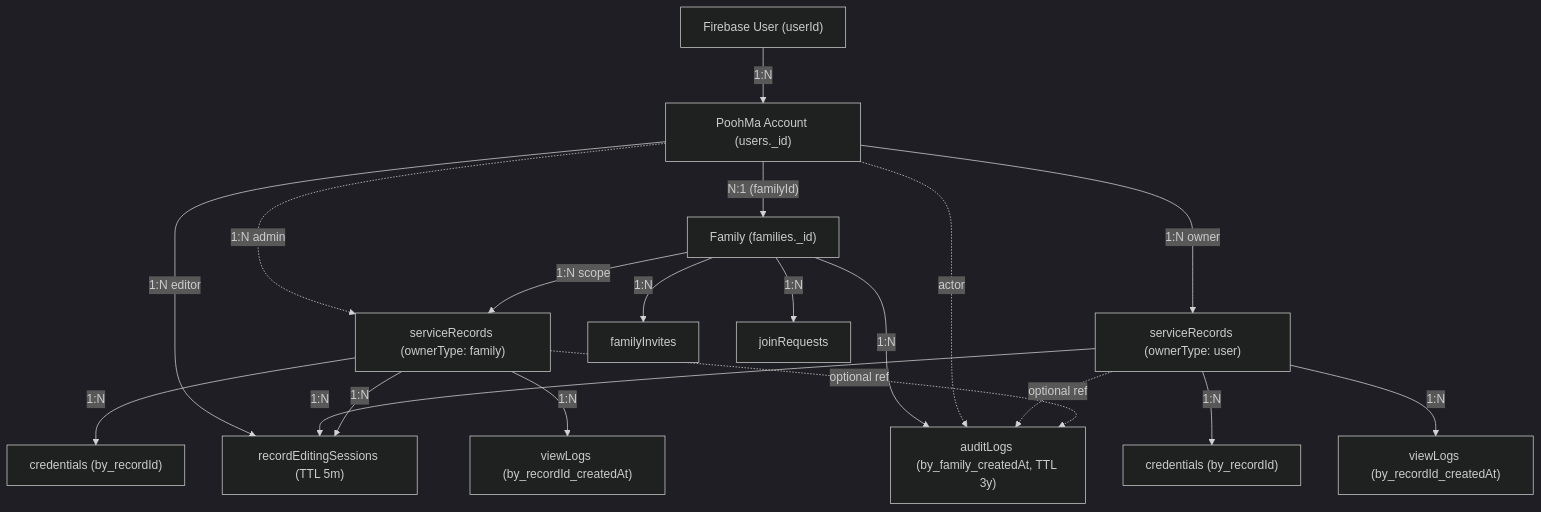
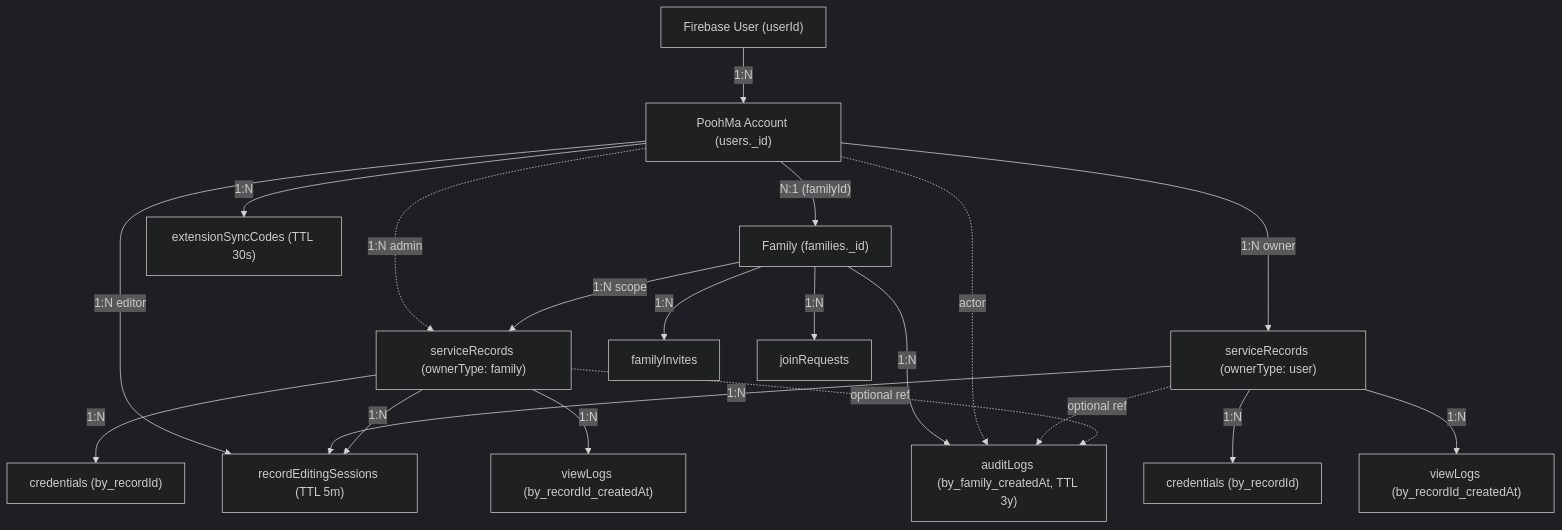
Before and after one commit to luthpg/poohma: the first of 9 diagrams in .ai/domain.md, drawn with Mermaid (dark theme). The commit also changed other lines of this file and 111 other files, not shown here.

````diff
--- a/.ai/domain.md
+++ b/.ai/domain.md
@@ -10,24 +10,26 @@
 ```mermaid
 flowchart TD
     FirebaseUser["Firebase User (userId)"] -->|"1:N"| PoohMaAccount["PoohMa Account (users._id)"]
     PoohMaAccount -->|"N:1 (familyId)"| Family["Family (families._id)"]
     
     PoohMaAccount -->|"1:N owner"| RecUser["serviceRecords (ownerType: user)"]
     PoohMaAccount -.->|"1:N admin"| RecFamily["serviceRecords (ownerType: family)"]
     PoohMaAccount -->|"1:N editor"| EditSession["recordEditingSessions (TTL 5m)"]
     
     RecUser -->|"1:N"| CredsUser["credentials (by_recordId)"]
     RecFamily -->|"1:N"| CredsFamily["credentials (by_recordId)"]
     RecUser -->|"1:N"| EditSession
     RecFamily -->|"1:N"| EditSession
     RecUser -->|"1:N"| ViewLogsUser["viewLogs (by_recordId_createdAt)"]
     RecFamily -->|"1:N"| ViewLogsFamily["viewLogs (by_recordId_createdAt)"]
     
     Family -->|"1:N scope"| RecFamily
     Family -->|"1:N"| Invites["familyInvites"]
     Family -->|"1:N"| JoinReqs["joinRequests"]
     Family -->|"1:N"| AuditLog["auditLogs (by_family_createdAt, TTL 3y)"]
     PoohMaAccount -.->|"actor"| AuditLog
     RecUser -.->|"optional ref"| AuditLog
     RecFamily -.->|"optional ref"| AuditLog
+
+    PoohMaAccount -->|"1:N"| SyncCodes["extensionSyncCodes (TTL 30s)"]
 ```
````
